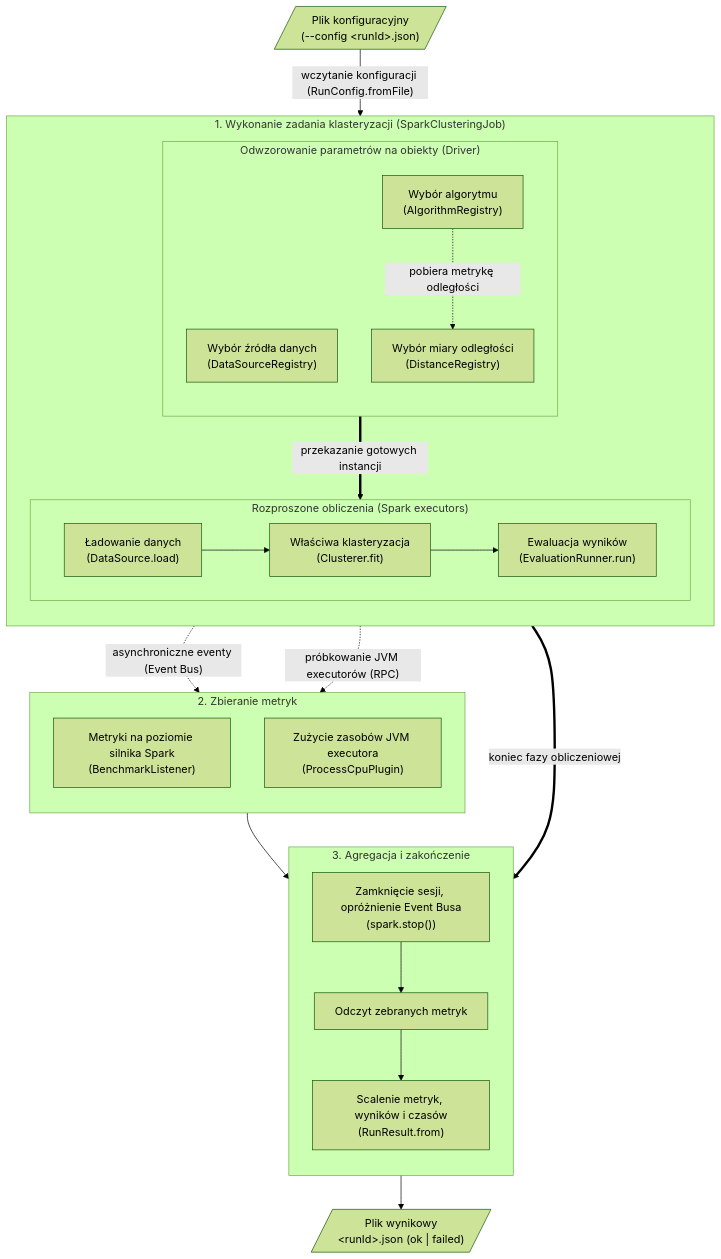
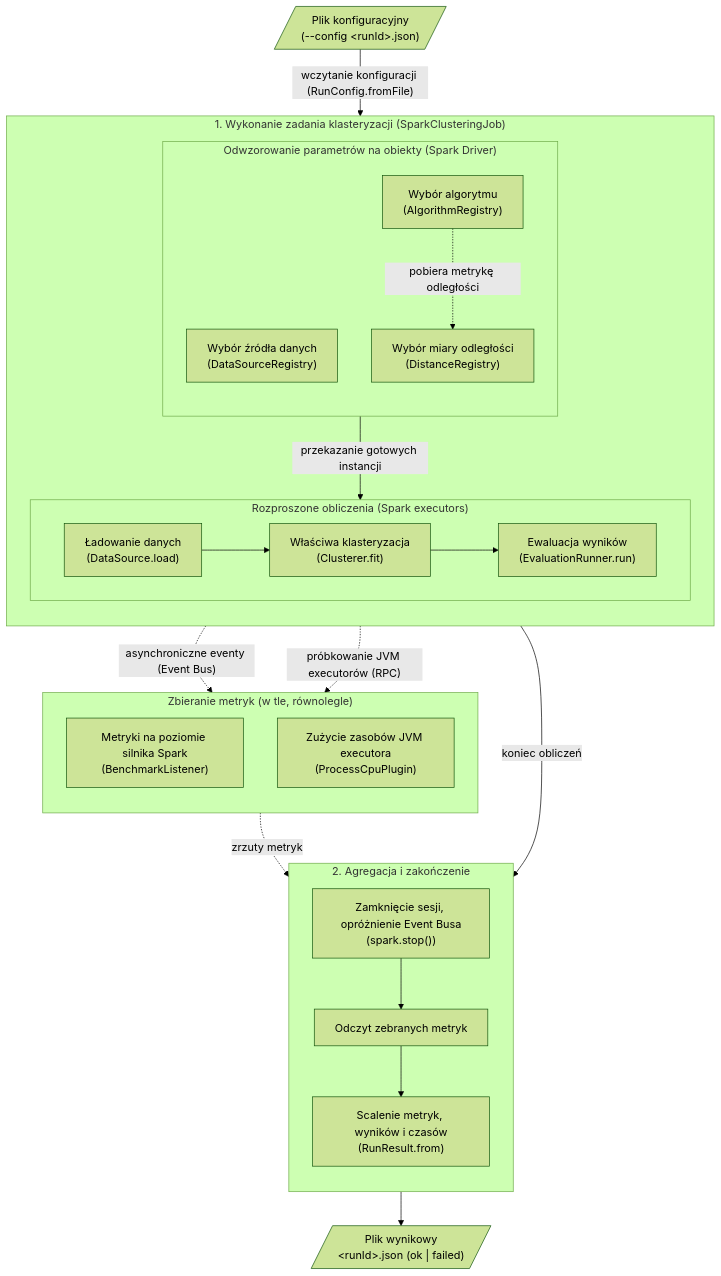
The diagram in README.md (natix-x/spark-clustering-algorithms), drawn with Mermaid (forest theme) before and after one commit. The commit also changed other lines of this file, not shown here.

Commit message:
update documentation - correct mermaid diagram

````diff
--- a/README.md
+++ b/README.md
@@ -35,48 +37,48 @@
 ```mermaid
 flowchart TD
   CONF[/"Plik konfiguracyjny<br/>(--config &lt;runId&gt;.json)"/] -->|"wczytanie konfiguracji (RunConfig.fromFile)"| JOB
 
   subgraph JOB ["1. Wykonanie zadania klasteryzacji (SparkClusteringJob)"]
     direction TB
 
-    subgraph REG ["Odwzorowanie parametrów na obiekty (Driver)"]
+    subgraph REG ["Odwzorowanie parametrów na obiekty (Spark Driver)"]
       direction TB
       DSR["Wybór źródła danych<br/>(DataSourceRegistry)"]
       ALGOR["Wybór algorytmu<br/>(AlgorithmRegistry)"]
       DIST["Wybór miary odległości<br/>(DistanceRegistry)"]
 
       ALGOR -.->|"pobiera metrykę odległości"| DIST
     end
 
     subgraph CLUSTER ["Rozproszone obliczenia (Spark executors)"]
       direction LR
       LOAD["Ładowanie danych<br/>(DataSource.load)"] --> FIT["Właściwa klasteryzacja<br/>(Clusterer.fit)"] --> EVAL["Ewaluacja wyników<br/>(EvaluationRunner.run)"]
     end
 
-    REG ==>|"przekazanie gotowych instancji"| LOAD
+    REG -->|"przekazanie gotowych instancji"| LOAD
   end
 
-  subgraph TELE ["2. Zbieranie metryk"]
+  subgraph TELE ["Zbieranie metryk (w tle, równolegle)"]
     direction TB
     BL["Metryki na poziomie silnika Spark<br/>(BenchmarkListener)"]
     PCP["Zużycie zasobów JVM executora<br/>(ProcessCpuPlugin)"]
   end
 
   CLUSTER -.->|"asynchroniczne eventy (Event Bus)"| BL
   CLUSTER -.->|"próbkowanie JVM executorów (RPC)"| PCP
 
-  CLUSTER ==>|"koniec fazy obliczeniowej"| STOP
+  CLUSTER -->|"koniec obliczeń"| STOP
 
-  subgraph FINISH ["3. Agregacja i zakończenie"]
+  subgraph FINISH ["2. Agregacja i zakończenie"]
     direction TB
     STOP["Zamknięcie sesji, opróżnienie Event Busa<br/>(spark.stop())"]
     READ["Odczyt zebranych metryk"]
     RES["Scalenie metryk, wyników i czasów<br/>(RunResult.from)"]
 
     STOP --> READ
     READ --> RES
   end
 
-  TELE --> READ
+  TELE -.->|"zrzuty metryk"| READ
   RES --> OUT[/"Plik wynikowy<br/>&lt;runId&gt;.json (ok | failed)"/]
 ```
````
